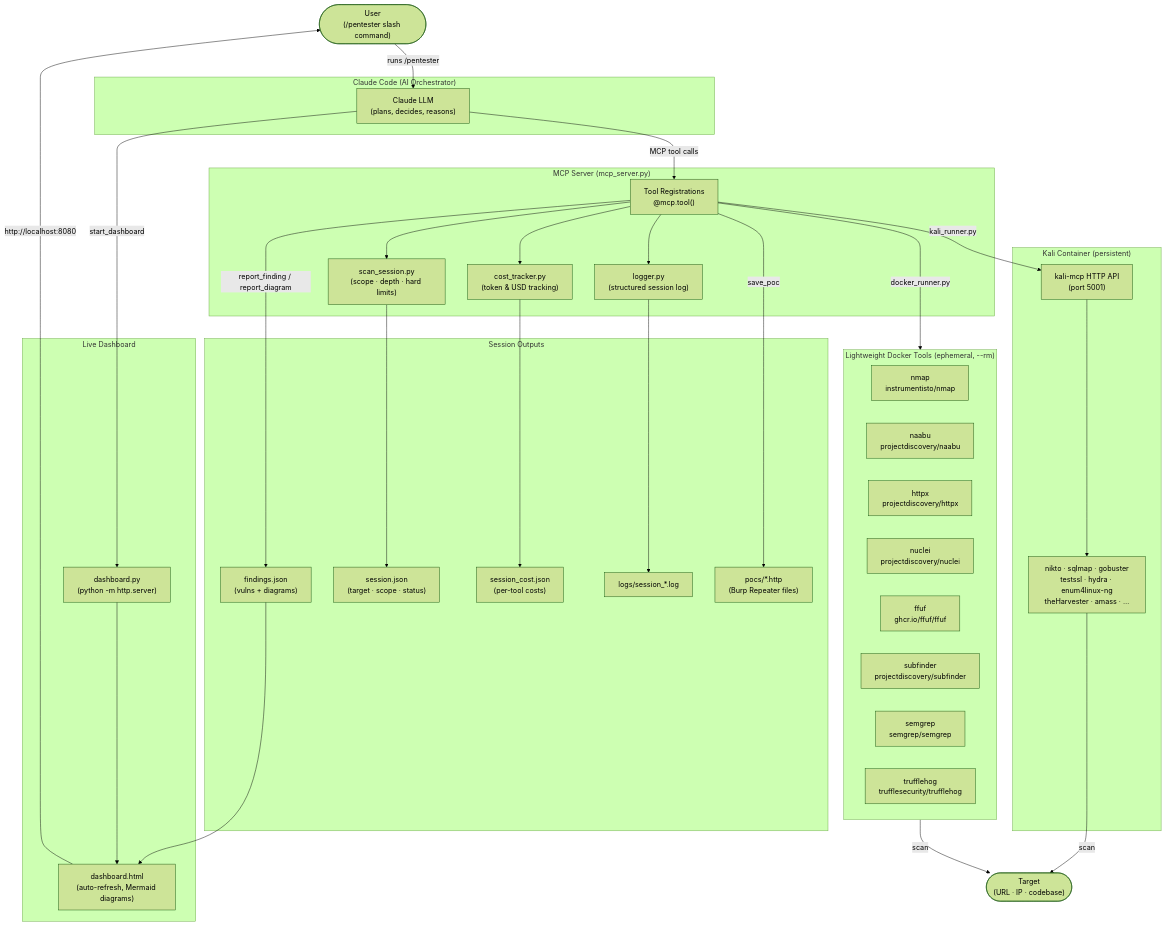
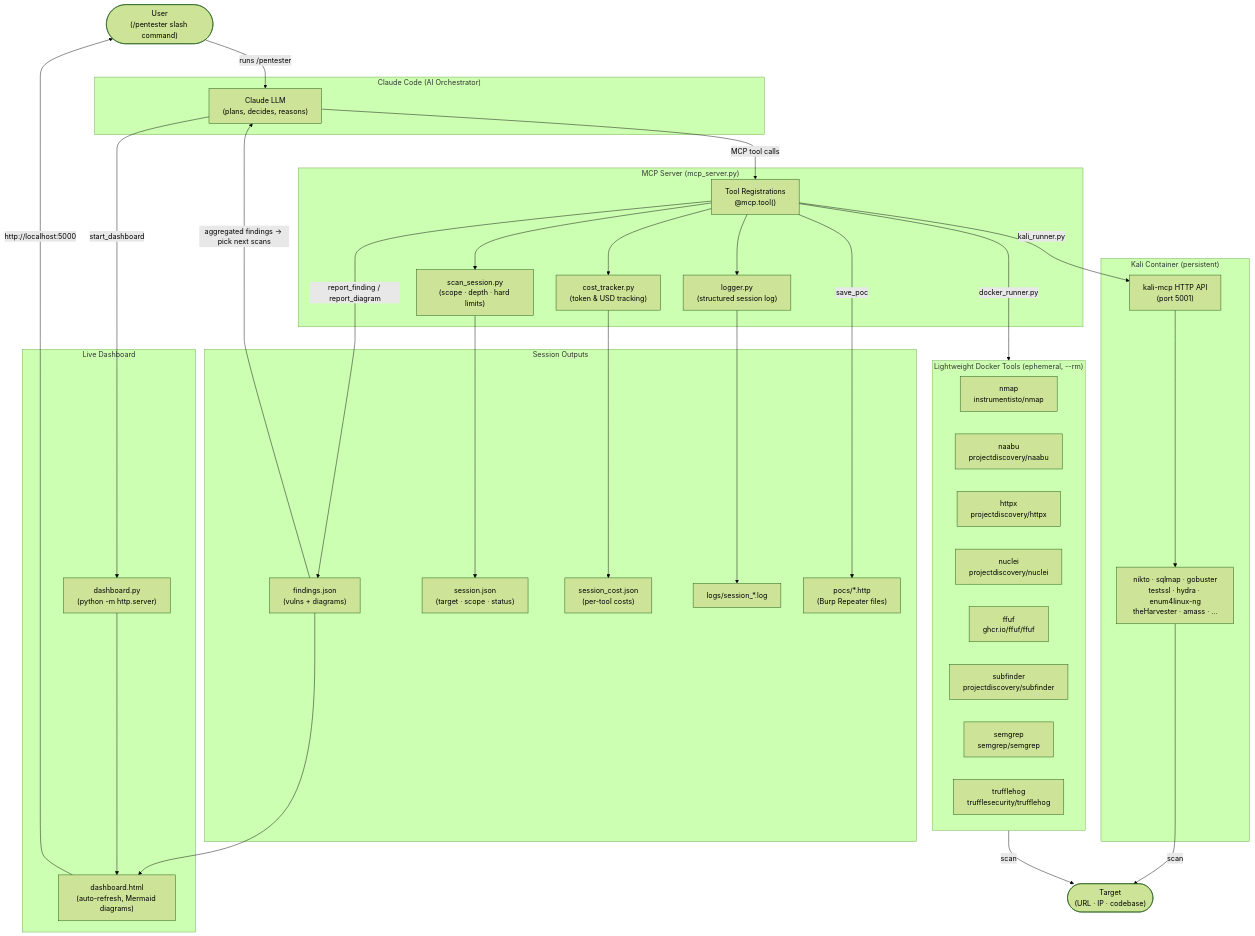
One commit to starredjaco/agent-smith changed the diagram in README.md. Above: the diagram before and after it, drawn with Mermaid (forest theme). The commit also changed other lines of this file and 8 other files, not shown here.

````diff
--- a/README.md
+++ b/README.md
@@ -45,66 +47,67 @@
 ```mermaid
 flowchart TD
     User(["User\n(/pentester slash command)"])
 
     subgraph ClaudeCode["Claude Code (AI Orchestrator)"]
         Claude["Claude LLM\n(plans, decides, reasons)"]
     end
 
     subgraph MCP["MCP Server (mcp_server.py)"]
         MCPTools["Tool Registrations\n@mcp.tool()"]
         Session["scan_session.py\n(scope · depth · hard limits)"]
         Cost["cost_tracker.py\n(token & USD tracking)"]
         Logger["logger.py\n(structured session log)"]
     end
 
     subgraph LightweightDocker["Lightweight Docker Tools (ephemeral, --rm)"]
         nmap["nmap\ninstrumentisto/nmap"]
         naabu["naabu\nprojectdiscovery/naabu"]
         httpx["httpx\nprojectdiscovery/httpx"]
         nuclei["nuclei\nprojectdiscovery/nuclei"]
         ffuf["ffuf\nghcr.io/ffuf/ffuf"]
         subfinder["subfinder\nprojectdiscovery/subfinder"]
         semgrep["semgrep\nsemgrep/semgrep"]
         trufflehog["trufflehog\ntrufflesecurity/trufflehog"]
     end
 
     subgraph KaliContainer["Kali Container (persistent)"]
         KaliMCP["kali-mcp HTTP API\n(port 5001)"]
         KaliTools["nikto · sqlmap · gobuster\ntestssl · hydra · enum4linux-ng\ntheHarvester · amass · …"]
     end
 
     subgraph Outputs["Session Outputs"]
         FindingsJSON["findings.json\n(vulns + diagrams)"]
         SessionJSON["session.json\n(target · scope · status)"]
         CostJSON["session_cost.json\n(per-tool costs)"]
         Logs["logs/session_*.log"]
         POCs["pocs/*.http\n(Burp Repeater files)"]
     end
 
     subgraph Dashboard["Live Dashboard"]
         DashServer["dashboard.py\n(python -m http.server)"]
         DashHTML["dashboard.html\n(auto-refresh, Mermaid diagrams)"]
     end
 
     Target(["Target\n(URL · IP · codebase)"])
 
     User -->|"runs /pentester"| Claude
     Claude -->|"MCP tool calls"| MCPTools
     MCPTools --> Session
     MCPTools --> Cost
     MCPTools --> Logger
     MCPTools -->|"docker_runner.py"| LightweightDocker
     MCPTools -->|"kali_runner.py"| KaliMCP
     KaliMCP --> KaliTools
     LightweightDocker -->|"scan"| Target
     KaliTools -->|"scan"| Target
     MCPTools -->|"report_finding / report_diagram"| FindingsJSON
     MCPTools -->|"save_poc"| POCs
     Session --> SessionJSON
     Cost --> CostJSON
     Logger --> Logs
     FindingsJSON --> DashHTML
     DashServer --> DashHTML
     Claude -->|"start_dashboard"| DashServer
-    DashHTML -->|"http://localhost:8080"| User
+    DashHTML -->|"http://localhost:5000"| User
+    FindingsJSON -->|"aggregated findings → pick next scans"| Claude
 ```
````
